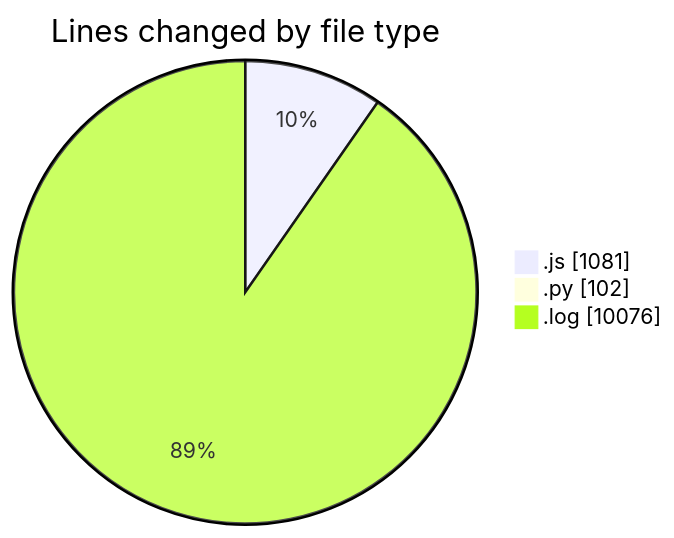
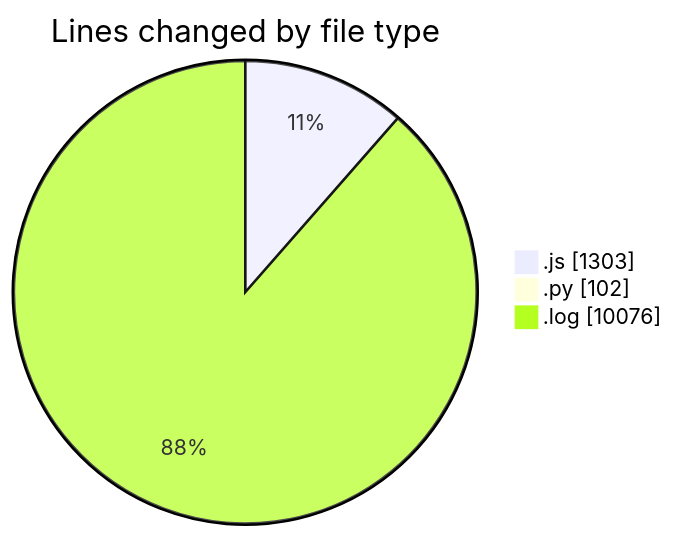
Before and after one commit to nxtqubesakshisongat/code-tracking: the first of 2 diagrams in 2025-04-14/nxtqube_webapp/README.md, drawn with Mermaid. The commit also changed other lines of this file and 1 other file, not shown here.

````diff
--- a/2025-04-14/nxtqube_webapp/README.md
+++ b/2025-04-14/nxtqube_webapp/README.md
@@ -25,7 +25,7 @@
 ```mermaid
 pie showData
 title Lines changed by file type
-".js" : 1081
+".js" : 1303
 ".py" : 102
 ".log" : 10076
 ```
````
